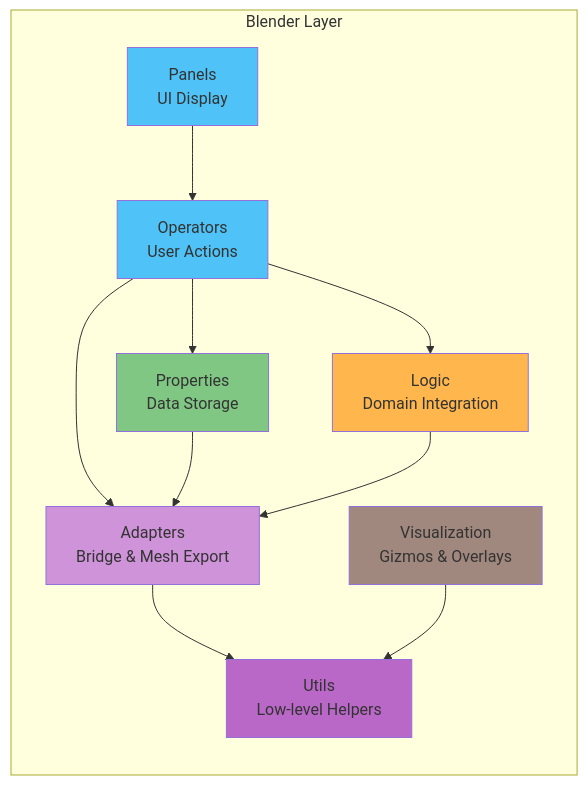
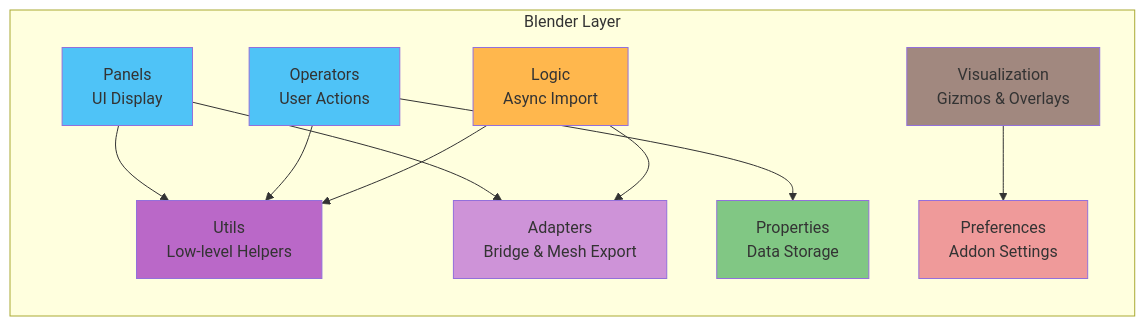
The first of 7 diagrams in ARCHITECTURE.md (arounamounchili/linkforge), drawn with Mermaid before and after one commit. The commit also changed other lines of this file and 1 other file, not shown here.

Commit message:
docs: fix architecture diagrams, paths, and remove stale copy

````diff
--- a/ARCHITECTURE.md
+++ b/ARCHITECTURE.md
@@ -15,29 +15,30 @@
 ```mermaid
 graph LR
     subgraph "Blender Layer"
         Panels[Panels<br/>UI Display]
         Operators[Operators<br/>User Actions]
         Properties[Properties<br/>Data Storage]
         Adapters[Adapters<br/>Bridge & Mesh Export]
-        Logic[Logic<br/>Domain Integration]
+        Logic[Logic<br/>Async Import]
         Visualization[Visualization<br/>Gizmos & Overlays]
+        Preferences[Preferences<br/>Addon Settings]
         Utils[Utils<br/>Low-level Helpers]
     end
 
-    Panels --> Operators
+    Panels --> Utils
+    Panels --> Adapters
     Operators --> Properties
-    Operators --> Adapters
-    Operators --> Logic
-    Properties --> Adapters
-    Adapters --> Utils
+    Operators --> Utils
     Logic --> Adapters
-    Visualization --> Utils
+    Logic --> Utils
+    Visualization --> Preferences
 
     style Panels fill:#4fc3f7
     style Operators fill:#4fc3f7
     style Properties fill:#81c784
     style Adapters fill:#ce93d8
     style Logic fill:#ffb74d
     style Visualization fill:#a1887f
+    style Preferences fill:#ef9a9a
     style Utils fill:#ba68c8
 ```
````
